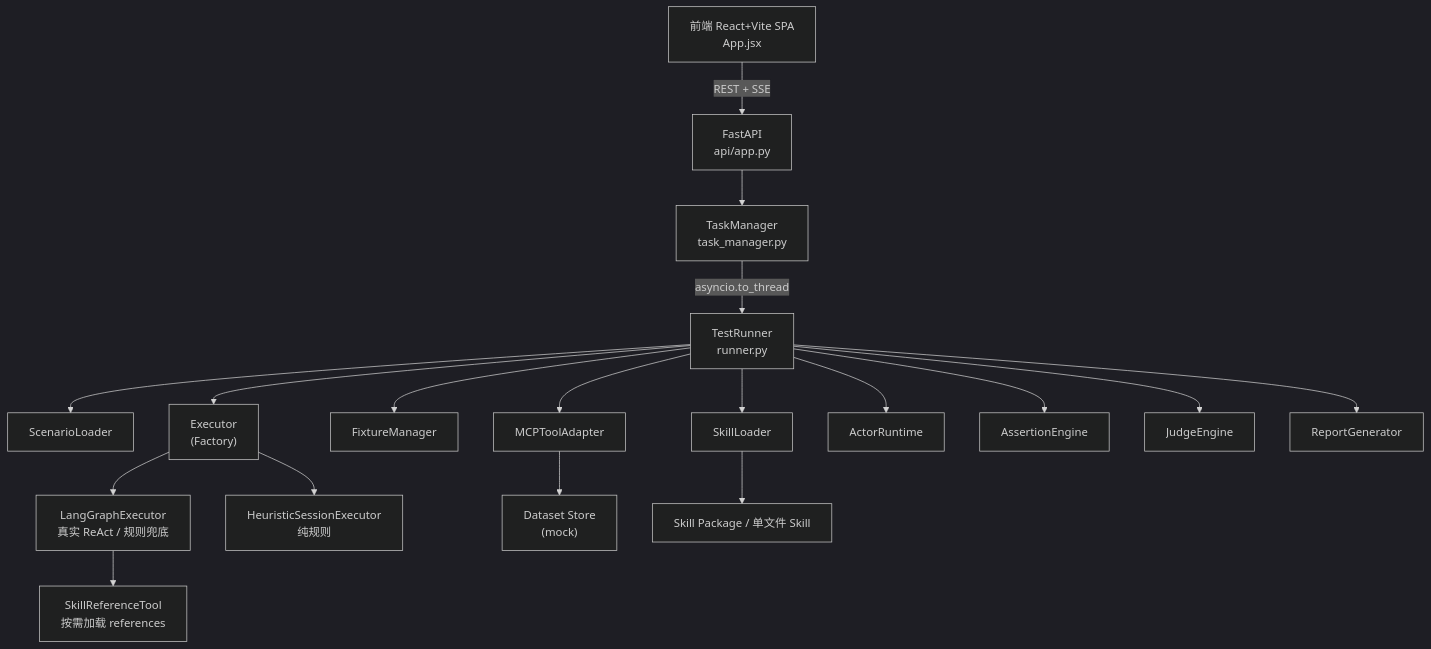
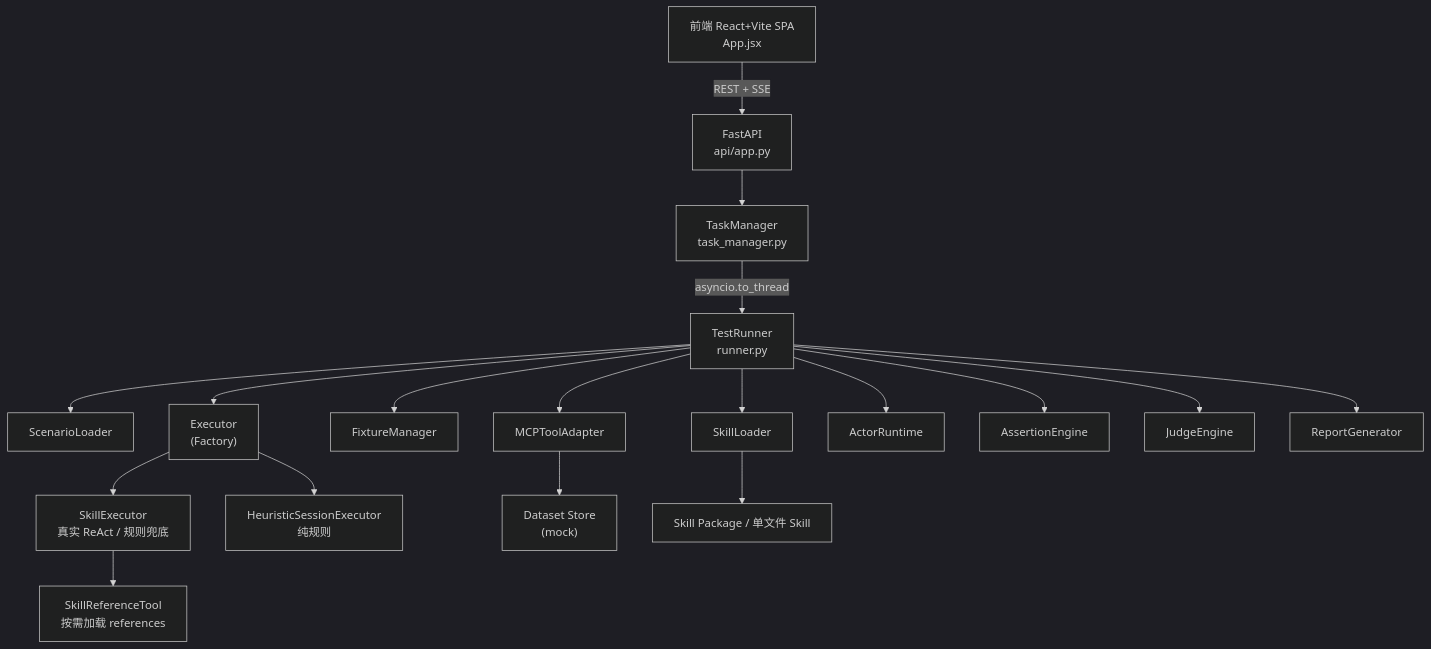
One commit to 6qianru/Geo-Bench-Mark changed the first of 5 diagrams in geo-skill-bench_overview.md. Above: the diagram before and after it, drawn with Mermaid (dark theme). The commit also changed other lines of this file and 35 other files, not shown here.

````diff
--- a/geo-skill-bench_overview.md
+++ b/geo-skill-bench_overview.md
@@ -147,22 +147,22 @@
 ```mermaid
 flowchart TD
     FE["前端 React+Vite SPA<br/>App.jsx"] -->|REST + SSE| API["FastAPI<br/>api/app.py"]
     API --> TM["TaskManager<br/>task_manager.py"]
     TM -->|asyncio.to_thread| R["TestRunner<br/>runner.py"]
 
     R --> SL["ScenarioLoader"]
     R --> SKL["SkillLoader"]
     R --> FM["FixtureManager"]
     R --> MCP["MCPToolAdapter"]
     R --> EX["Executor<br/>(Factory)"]
     R --> AR["ActorRuntime"]
     R --> AE["AssertionEngine"]
     R --> JE["JudgeEngine"]
     R --> RG["ReportGenerator"]
 
-    EX --> LG["LangGraphExecutor<br/>真实 ReAct / 规则兜底"]
+    EX --> LG["SkillExecutor<br/>真实 ReAct / 规则兜底"]
     EX --> HE["HeuristicSessionExecutor<br/>纯规则"]
     MCP --> DS["Dataset Store<br/>(mock)"]
     LG --> RT["SkillReferenceTool<br/>按需加载 references"]
     SKL --> PKG["Skill Package / 单文件 Skill"]
 ```
````
